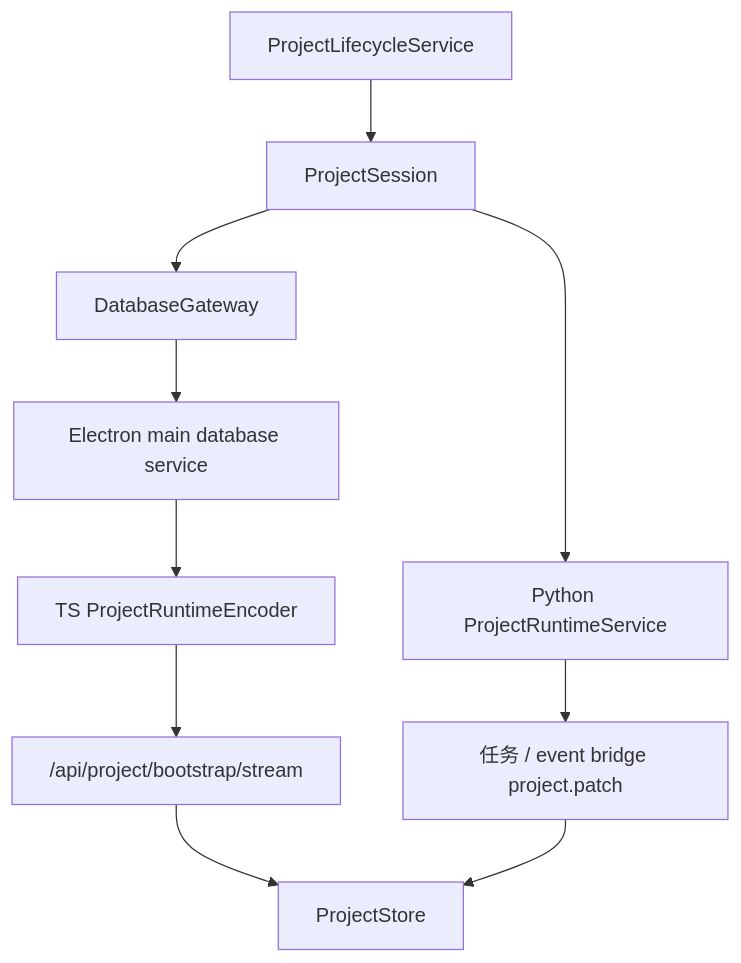
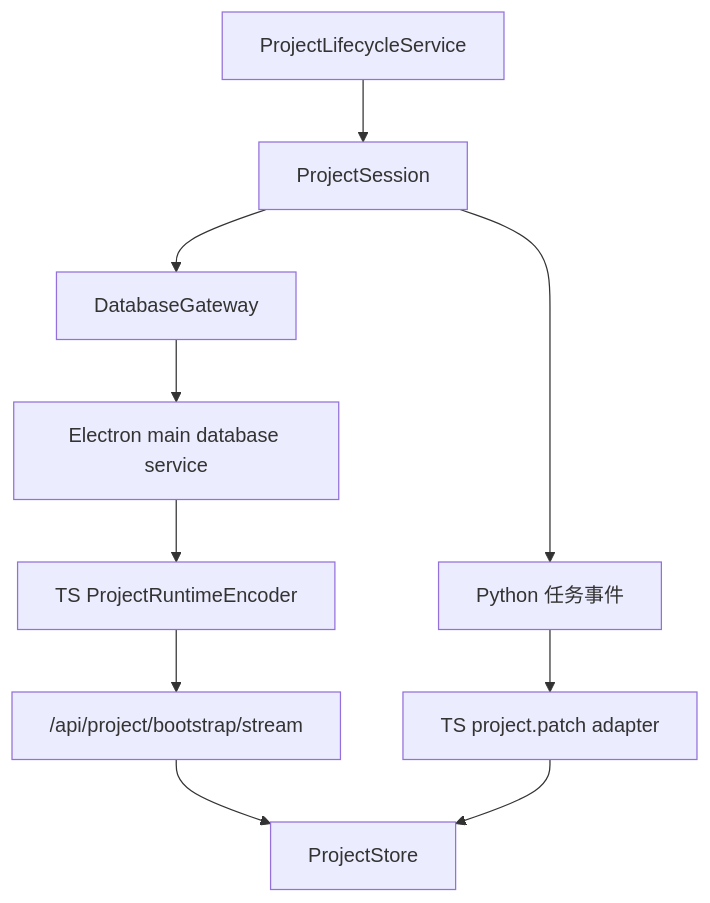
Before and after one commit to neavo/LinguaGacha: the second of 4 diagrams in docs/DATA.md, drawn with Mermaid. The commit also changed other lines of this file and 47 other files, not shown here.

````diff
--- a/docs/DATA.md
+++ b/docs/DATA.md
@@ -66,12 +68,12 @@
 ```mermaid
 flowchart TD
     A["ProjectLifecycleService"] --> B["ProjectSession"]
     B --> C["DatabaseGateway"]
     C --> D["Electron main database service"]
     D --> E["TS ProjectRuntimeEncoder"]
     E --> F["/api/project/bootstrap/stream"]
     F --> G["ProjectStore"]
-    B --> H["Python ProjectRuntimeService"]
-    H --> I["任务 / event bridge project.patch"]
+    B --> H["Python 任务事件"]
+    H --> I["TS project.patch adapter"]
     I --> G
 ```
````
